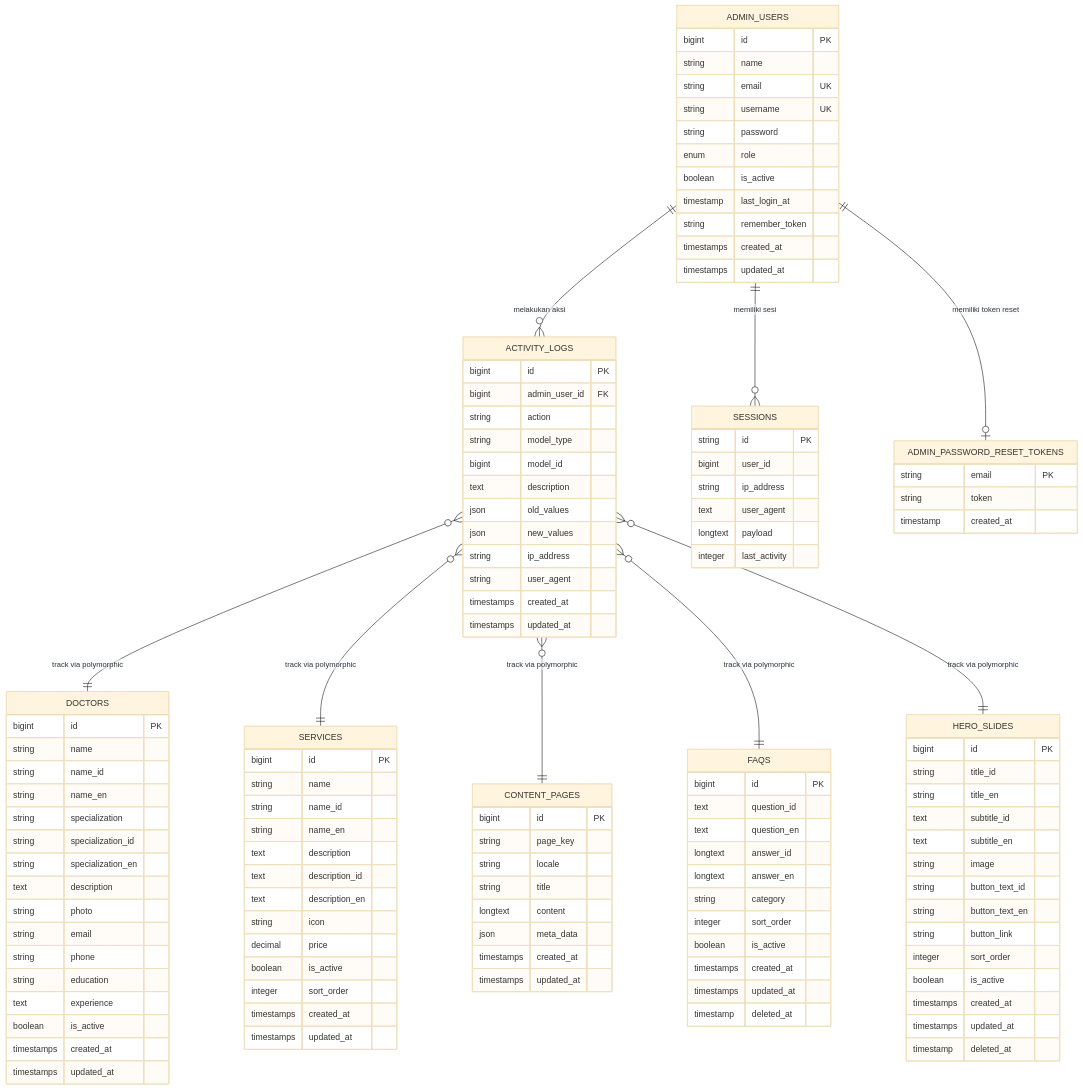
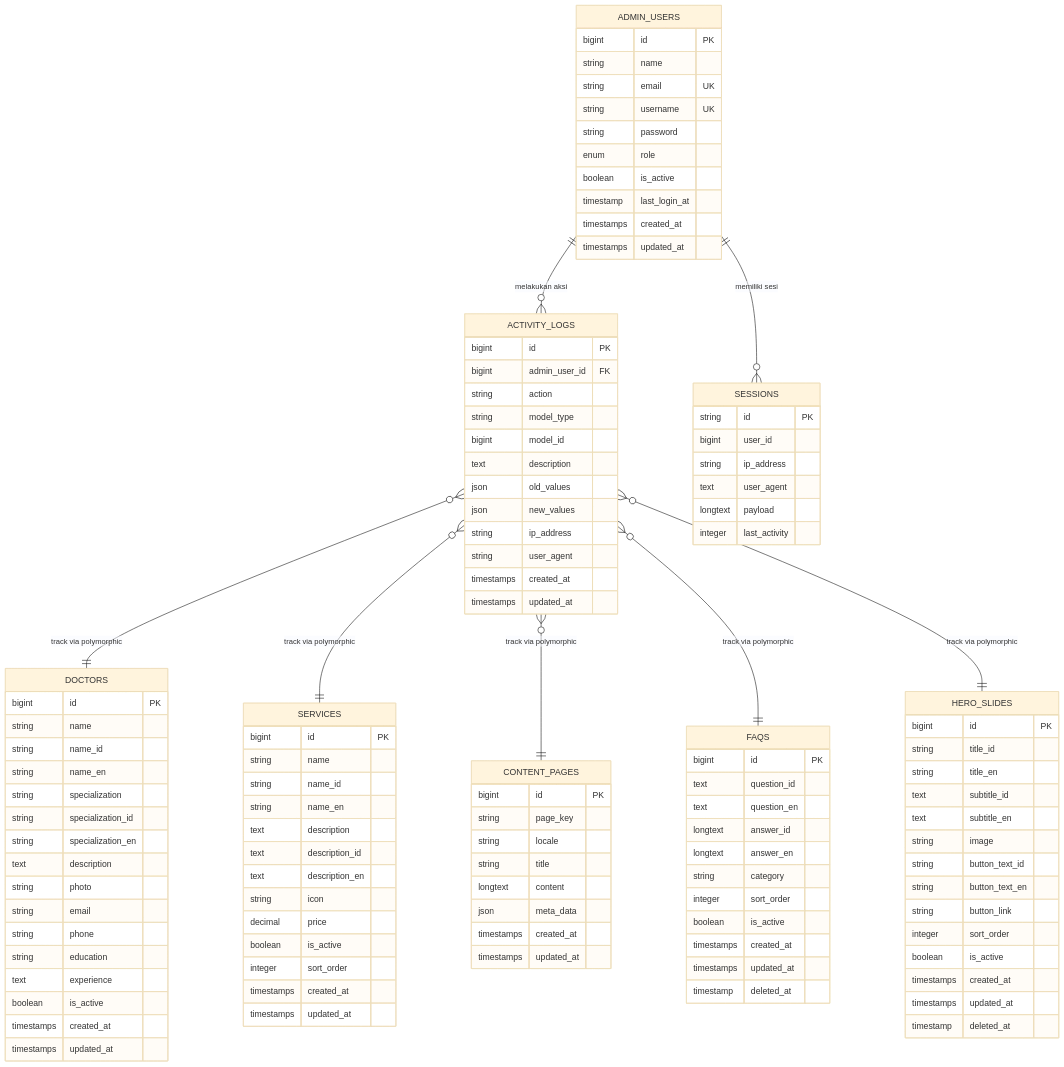
The diagram in docs/ERD.md (kaforshi/legian-medical-clinic), drawn with Mermaid (base theme) before and after one commit. The commit also changed other lines of this file and 8 other files, not shown here.

```diff
--- a/docs/ERD.md
+++ b/docs/ERD.md
@@ -19,7 +19,6 @@
         enum role
         boolean is_active
         timestamp last_login_at
-        string remember_token
         timestamps created_at
         timestamps updated_at
     }
@@ -124,16 +123,9 @@
         longtext payload
         integer last_activity
     }
-    
-    ADMIN_PASSWORD_RESET_TOKENS {
-        string email PK
-        string token
-        timestamp created_at
-    }
 
     %% Direct Relationships
     ADMIN_USERS ||--o{ ACTIVITY_LOGS : "melakukan aksi"
-    ADMIN_USERS ||--o| ADMIN_PASSWORD_RESET_TOKENS : "memiliki token reset"
     ADMIN_USERS ||--o{ SESSIONS : "memiliki sesi"
     
     %% Polymorphic Relationships (via model_type and model_id)
```
